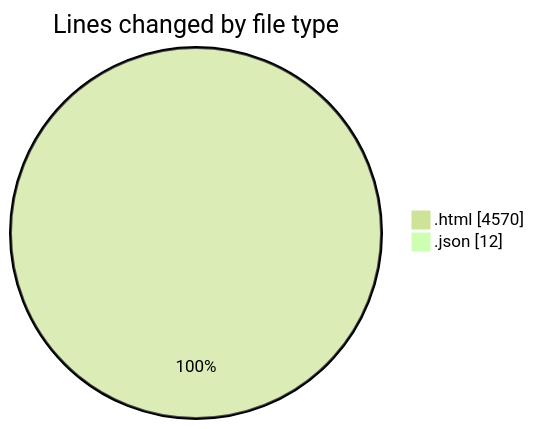
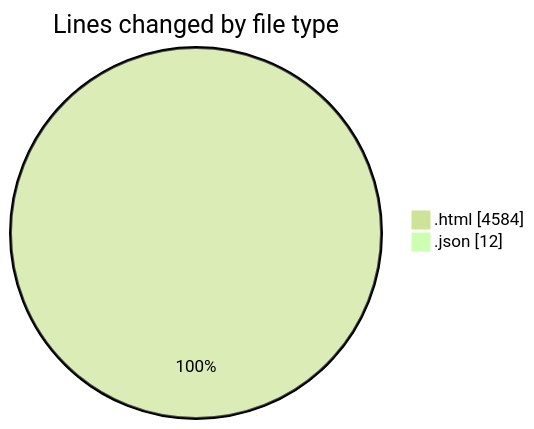
Before and after one commit to momahboobian/code-tracking: the first of 2 diagrams in 2026-05-21/pdf_invoice/README.md, drawn with Mermaid (forest theme). The commit also changed other lines of this file and 1 other file, not shown here.

````diff
--- a/2026-05-21/pdf_invoice/README.md
+++ b/2026-05-21/pdf_invoice/README.md
@@ -26,6 +26,6 @@
 ```mermaid
 pie showData
 title Lines changed by file type
-".html" : 4570
+".html" : 4584
 ".json" : 12
 ```
````
